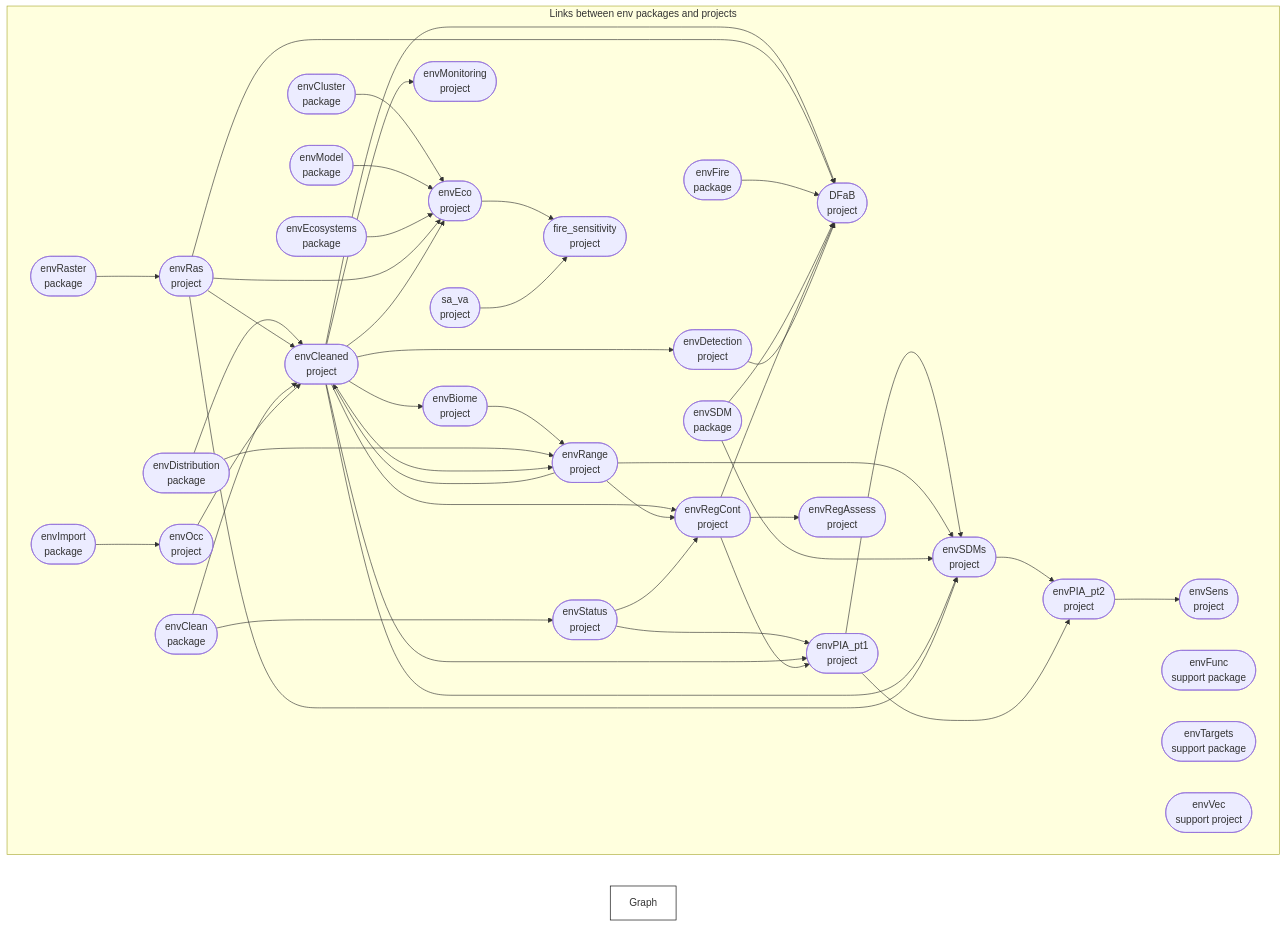
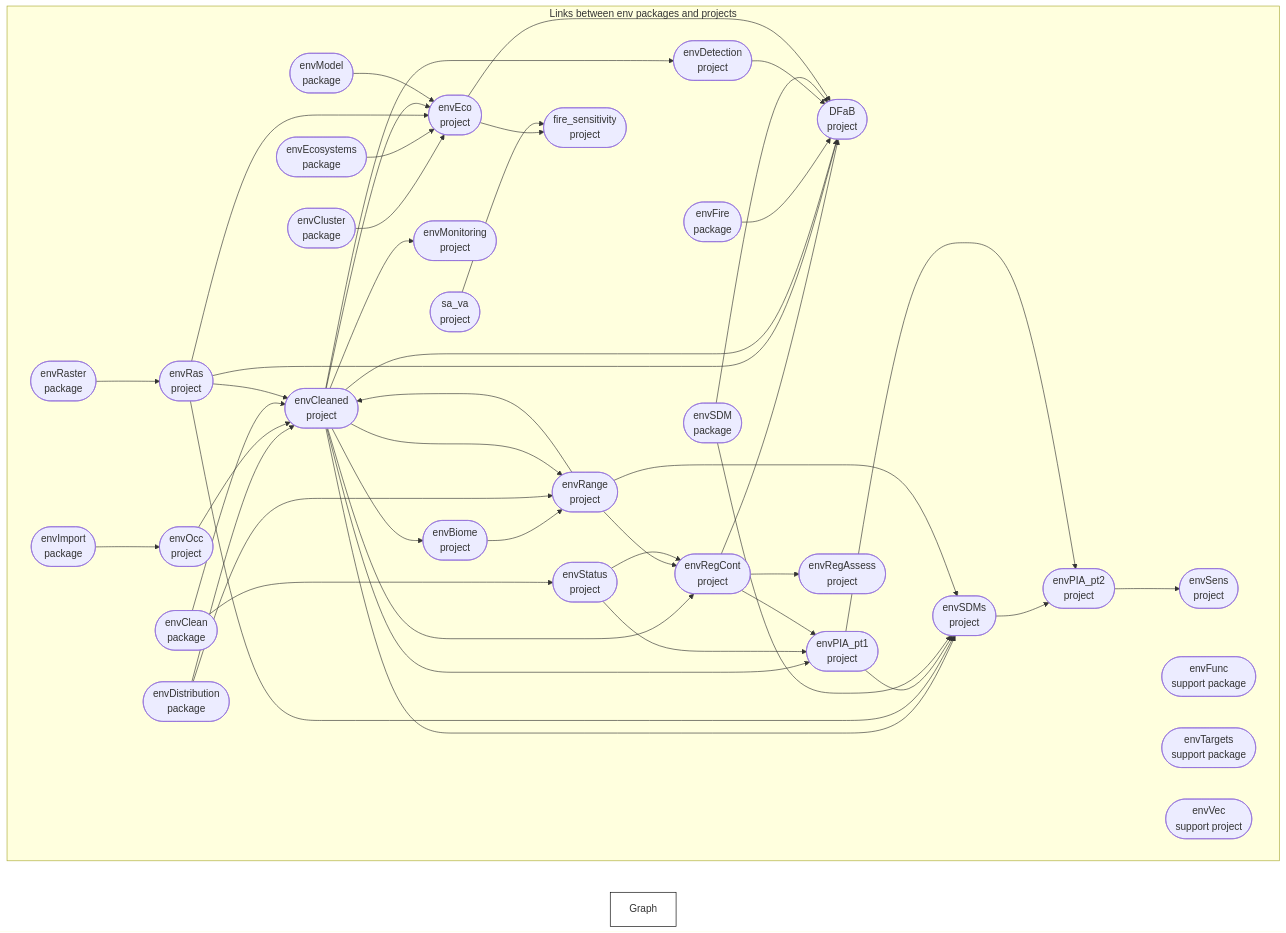
The diagram in profile/README.md (dew-landscapes/.github), drawn with Mermaid before and after one commit. The commit also changed other lines of this file and 1 other file, not shown here.

Commit message:
DFaB envEco dependency

````diff
--- a/profile/README.md
+++ b/profile/README.md
@@ -44,52 +44,53 @@
 ``` mermaid
 graph LR
   style Graph fill:#FFFFFF00,stroke:#000000;
   subgraph Links between env packages and projects
     direction LR
+    x5499a04bf3778295(["envRegCont<br>project"]):::queued --> x0658f5015c0c4be5(["DFaB<br>project"]):::queued
+    x67b5feaf09e4d0ca(["envRas<br>project"]):::queued --> x0658f5015c0c4be5(["DFaB<br>project"]):::queued
     x4e1f08a5bd05b882(["envCleaned<br>project"]):::queued --> x0658f5015c0c4be5(["DFaB<br>project"]):::queued
-    x67b5feaf09e4d0ca(["envRas<br>project"]):::queued --> x0658f5015c0c4be5(["DFaB<br>project"]):::queued
     xb092d78dc6463536(["envFire<br>package"]):::queued --> x0658f5015c0c4be5(["DFaB<br>project"]):::queued
+    x0da89b87fbc34bf3(["envDetection<br>project"]):::queued --> x0658f5015c0c4be5(["DFaB<br>project"]):::queued
     x07cddf360e9b199e(["envSDM<br>package"]):::queued --> x0658f5015c0c4be5(["DFaB<br>project"]):::queued
-    x5499a04bf3778295(["envRegCont<br>project"]):::queued --> x0658f5015c0c4be5(["DFaB<br>project"]):::queued
-    x0da89b87fbc34bf3(["envDetection<br>project"]):::queued --> x0658f5015c0c4be5(["DFaB<br>project"]):::queued
+    xc70bb609a37b98f0(["envEco<br>project"]):::queued --> x0658f5015c0c4be5(["DFaB<br>project"]):::queued
     x4e1f08a5bd05b882(["envCleaned<br>project"]):::queued --> xd8ce469e231f9860(["envBiome<br>project"]):::queued
     xb53407deaf8a50f7(["envDistribution<br>package"]):::queued --> x4e1f08a5bd05b882(["envCleaned<br>project"]):::queued
-    x67b5feaf09e4d0ca(["envRas<br>project"]):::queued --> x4e1f08a5bd05b882(["envCleaned<br>project"]):::queued
-    x199e33ac94c360fd(["envClean<br>package"]):::queued --> x4e1f08a5bd05b882(["envCleaned<br>project"]):::queued
     x4f41d9ef8b70ed0e(["envRange<br>project"]):::queued --> x4e1f08a5bd05b882(["envCleaned<br>project"]):::queued
     x9d3addc2d3c28cb0(["envOcc<br>project"]):::queued --> x4e1f08a5bd05b882(["envCleaned<br>project"]):::queued
+    x199e33ac94c360fd(["envClean<br>package"]):::queued --> x4e1f08a5bd05b882(["envCleaned<br>project"]):::queued
+    x67b5feaf09e4d0ca(["envRas<br>project"]):::queued --> x4e1f08a5bd05b882(["envCleaned<br>project"]):::queued
     x4e1f08a5bd05b882(["envCleaned<br>project"]):::queued --> x0da89b87fbc34bf3(["envDetection<br>project"]):::queued
     x9eca96d789260dc6(["envCluster<br>package"]):::queued --> xc70bb609a37b98f0(["envEco<br>project"]):::queued
-    x3c05f6553dd2ee1d(["envModel<br>package"]):::queued --> xc70bb609a37b98f0(["envEco<br>project"]):::queued
     x3c533c4f6ac5a427(["envEcosystems<br>package"]):::queued --> xc70bb609a37b98f0(["envEco<br>project"]):::queued
     x67b5feaf09e4d0ca(["envRas<br>project"]):::queued --> xc70bb609a37b98f0(["envEco<br>project"]):::queued
     x4e1f08a5bd05b882(["envCleaned<br>project"]):::queued --> xc70bb609a37b98f0(["envEco<br>project"]):::queued
+    x3c05f6553dd2ee1d(["envModel<br>package"]):::queued --> xc70bb609a37b98f0(["envEco<br>project"]):::queued
     x4e1f08a5bd05b882(["envCleaned<br>project"]):::queued --> xae45e25dc1ec55b5(["envMonitoring<br>project"]):::queued
     xa419b1871c902a02(["envImport<br>package"]):::queued --> x9d3addc2d3c28cb0(["envOcc<br>project"]):::queued
+    x4e1f08a5bd05b882(["envCleaned<br>project"]):::queued --> xdfa068c3ebc0366d(["envPIA_pt1<br>project"]):::queued
     xf290cd0a0c6ffe34(["envStatus<br>project"]):::queued --> xdfa068c3ebc0366d(["envPIA_pt1<br>project"]):::queued
-    x4e1f08a5bd05b882(["envCleaned<br>project"]):::queued --> xdfa068c3ebc0366d(["envPIA_pt1<br>project"]):::queued
     x5499a04bf3778295(["envRegCont<br>project"]):::queued --> xdfa068c3ebc0366d(["envPIA_pt1<br>project"]):::queued
     xc1054dd4c63b18e0(["envSDMs<br>project"]):::queued --> xe5749d29c71b6a92(["envPIA_pt2<br>project"]):::queued
     xdfa068c3ebc0366d(["envPIA_pt1<br>project"]):::queued --> xe5749d29c71b6a92(["envPIA_pt2<br>project"]):::queued
     xd8ce469e231f9860(["envBiome<br>project"]):::queued --> x4f41d9ef8b70ed0e(["envRange<br>project"]):::queued
     xb53407deaf8a50f7(["envDistribution<br>package"]):::queued --> x4f41d9ef8b70ed0e(["envRange<br>project"]):::queued
     x4e1f08a5bd05b882(["envCleaned<br>project"]):::queued --> x4f41d9ef8b70ed0e(["envRange<br>project"]):::queued
     x89ac92b9bcad912d(["envRaster<br>package"]):::queued --> x67b5feaf09e4d0ca(["envRas<br>project"]):::queued
     x5499a04bf3778295(["envRegCont<br>project"]):::queued --> x880df32bd41b0aa9(["envRegAssess<br>project"]):::queued
     x4e1f08a5bd05b882(["envCleaned<br>project"]):::queued --> x5499a04bf3778295(["envRegCont<br>project"]):::queued
     x4f41d9ef8b70ed0e(["envRange<br>project"]):::queued --> x5499a04bf3778295(["envRegCont<br>project"]):::queued
     xf290cd0a0c6ffe34(["envStatus<br>project"]):::queued --> x5499a04bf3778295(["envRegCont<br>project"]):::queued
-    xdfa068c3ebc0366d(["envPIA_pt1<br>project"]):::queued --> xc1054dd4c63b18e0(["envSDMs<br>project"]):::queued
-    x4f41d9ef8b70ed0e(["envRange<br>project"]):::queued --> xc1054dd4c63b18e0(["envSDMs<br>project"]):::queued
-    x07cddf360e9b199e(["envSDM<br>package"]):::queued --> xc1054dd4c63b18e0(["envSDMs<br>project"]):::queued
     x4e1f08a5bd05b882(["envCleaned<br>project"]):::queued --> xc1054dd4c63b18e0(["envSDMs<br>project"]):::queued
     x67b5feaf09e4d0ca(["envRas<br>project"]):::queued --> xc1054dd4c63b18e0(["envSDMs<br>project"]):::queued
+    xdfa068c3ebc0366d(["envPIA_pt1<br>project"]):::queued --> xc1054dd4c63b18e0(["envSDMs<br>project"]):::queued
+    x07cddf360e9b199e(["envSDM<br>package"]):::queued --> xc1054dd4c63b18e0(["envSDMs<br>project"]):::queued
+    x4f41d9ef8b70ed0e(["envRange<br>project"]):::queued --> xc1054dd4c63b18e0(["envSDMs<br>project"]):::queued
     xe5749d29c71b6a92(["envPIA_pt2<br>project"]):::queued --> x2d1dcea9060b62fe(["envSens<br>project"]):::queued
     x199e33ac94c360fd(["envClean<br>package"]):::queued --> xf290cd0a0c6ffe34(["envStatus<br>project"]):::queued
     xc70bb609a37b98f0(["envEco<br>project"]):::queued --> x0f16edc93d113ef9(["fire_sensitivity<br>project"]):::queued
     xb2a4767da474386b(["sa_va<br>project"]):::queued --> x0f16edc93d113ef9(["fire_sensitivity<br>project"]):::queued
     x6832f874a98057bb(["envFunc<br>support package"]):::queued
     xb03046fba8fa1b84(["envTargets<br>support package"]):::queued
     xa92bc89dfa147112(["envVec<br>support project"]):::queued
   end
 ```
````
